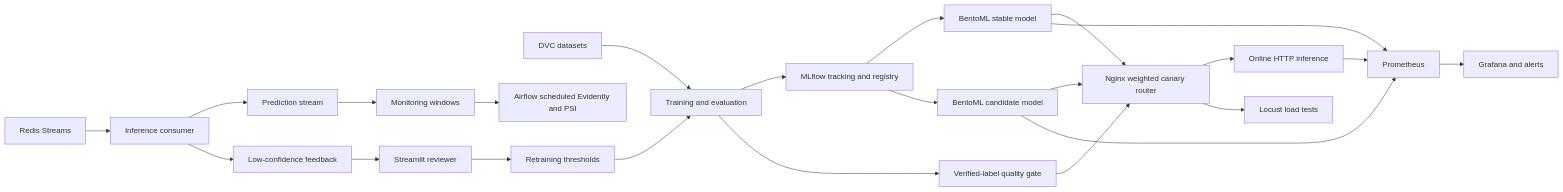
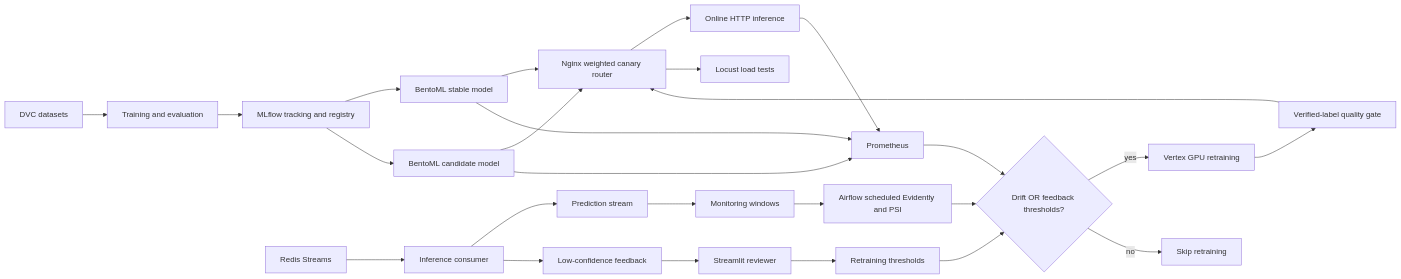
The diagram in docs/architecture.md (ASSAZZIN-01/mena-mlops-project), drawn with Mermaid before and after one commit. The commit also changed 8 other files, not shown here.

Commit message:
fix: trigger retraining on drift or feedback

````diff
--- a/docs/architecture.md
+++ b/docs/architecture.md
@@ -3,25 +3,28 @@
 ```mermaid
 flowchart LR
     DVC[DVC datasets] --> T[Training and evaluation]
     T --> M[MLflow tracking and registry]
     M --> S[BentoML stable model]
     M --> C[BentoML candidate model]
     S --> N[Nginx weighted canary router]
     C --> N
     N --> API[Online HTTP inference]
     N --> L[Locust load tests]
     R[Redis Streams] --> W[Inference consumer]
     W --> O[Prediction stream]
     W --> F[Low-confidence feedback]
     API --> P[Prometheus]
     S --> P
     C --> P
     P --> G[Grafana and alerts]
     O --> E[Monitoring windows]
     E --> A[Airflow scheduled Evidently and PSI]
+    A --> G{Drift OR feedback thresholds?}
     F --> U[Streamlit reviewer]
     U --> Q[Retraining thresholds]
-    Q --> T
-    T --> QG[Verified-label quality gate]
+    Q --> G
+    G -->|yes| V[Vertex GPU retraining]
+    G -->|no| X[Skip retraining]
+    V --> QG[Verified-label quality gate]
     QG --> N
 ```
````
